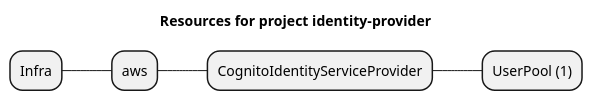
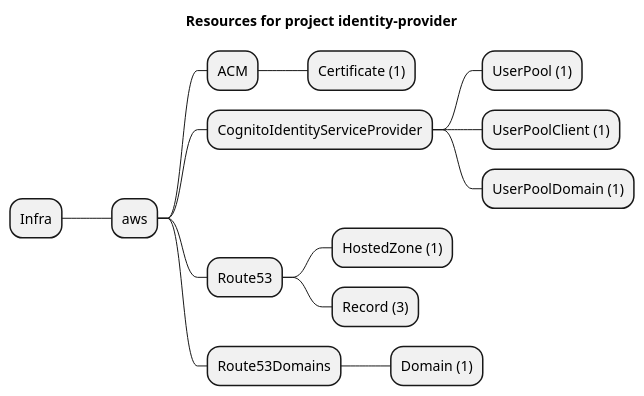
One commit to grucloud/grucloud changed the diagram in examples/aws/CognitoIdentityServiceProvider/identity-provider/artifacts/resources-mindmap.puml. Above: the diagram before and after it, drawn with PlantUML. The commit also changed 969 other files, not shown here.

```diff
--- a/examples/aws/CognitoIdentityServiceProvider/identity-provider/artifacts/resources-mindmap.puml
+++ b/examples/aws/CognitoIdentityServiceProvider/identity-provider/artifacts/resources-mindmap.puml
@@ -1,8 +1,17 @@
 @startmindmap
 title Resources for project identity-provider
 skinparam monochrome true
 + Infra
 ++ aws
++++ ACM
+++++ Certificate (1)
 +++ CognitoIdentityServiceProvider
 ++++ UserPool (1)
+++++ UserPoolClient (1)
+++++ UserPoolDomain (1)
++++ Route53
+++++ HostedZone (1)
+++++ Record (3)
++++ Route53Domains
+++++ Domain (1)
 @endmindmap
```
